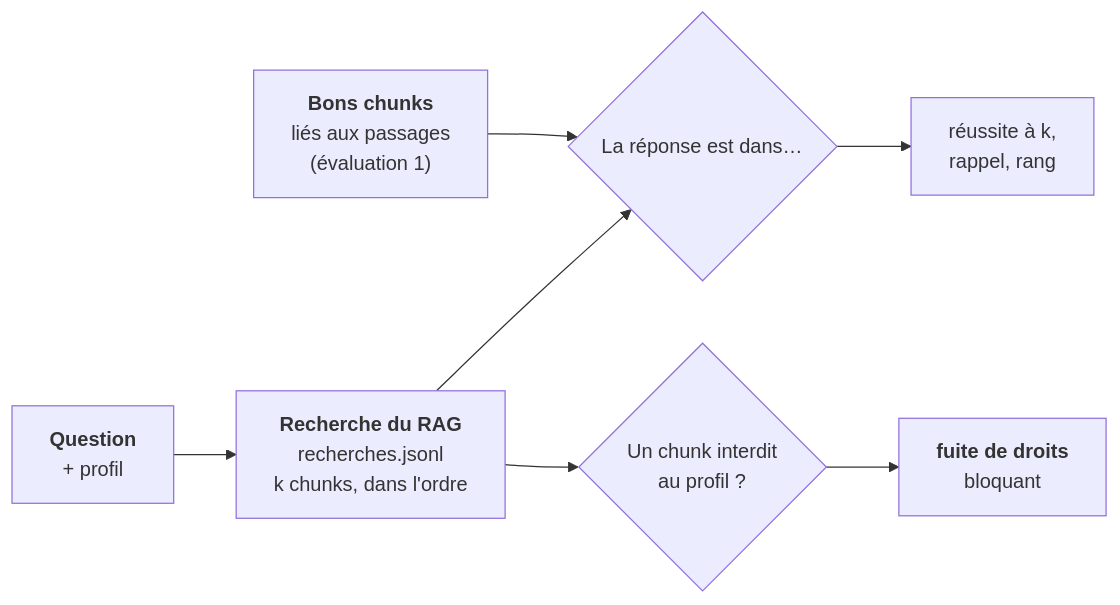
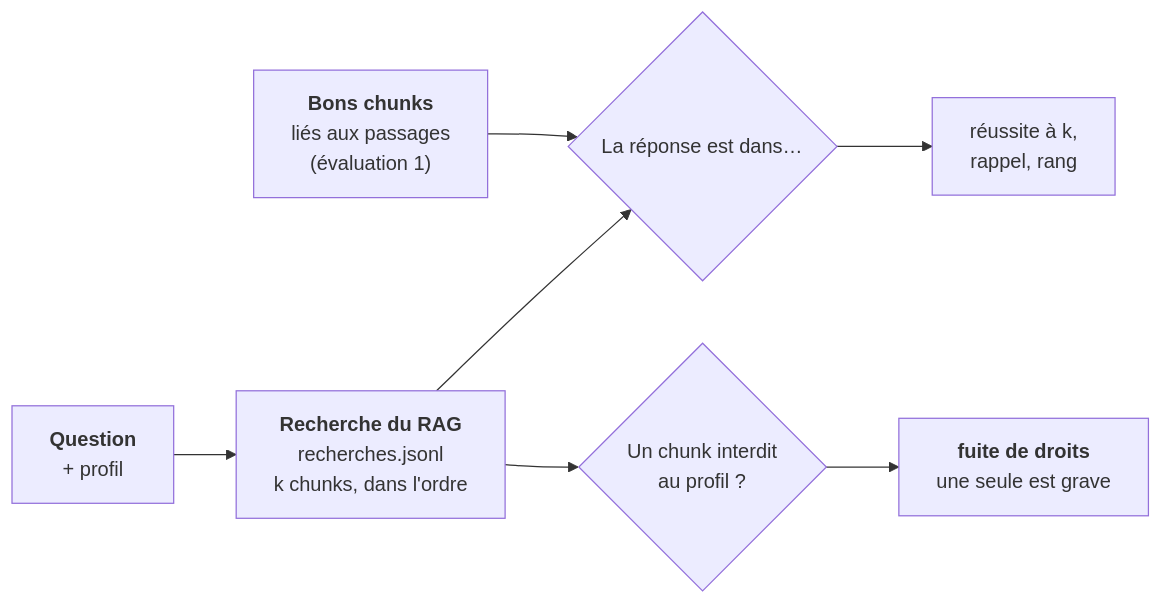
Before and after one commit to floSa/RAG-Evaluation: the diagram in service-evaluation-exemple/documentation/2_evaluation_recherche.md, drawn with Mermaid. The commit also changed other lines of this file and 28 other files, not shown here.

````diff
--- a/service-evaluation-exemple/documentation/2_evaluation_recherche.md
+++ b/service-evaluation-exemple/documentation/2_evaluation_recherche.md
@@ -31,9 +31,9 @@
 ```mermaid
 flowchart LR
     Q["<b>Question</b><br/>+ profil"] --> S["<b>Recherche du RAG</b><br/>recherches.jsonl<br/>k chunks, dans l'ordre"]
     L["<b>Bons chunks</b><br/>liés aux passages<br/>(évaluation 1)"] --> V{"La réponse est dans…"}
     S --> V
     V --> R["réussite à k,<br/>rappel, rang"]
     S --> D{"Un chunk interdit<br/>au profil ?"}
-    D --> F["<b>fuite de droits</b><br/>bloquant"]
+    D --> F["<b>fuite de droits</b><br/>une seule est grave"]
 ```
````
